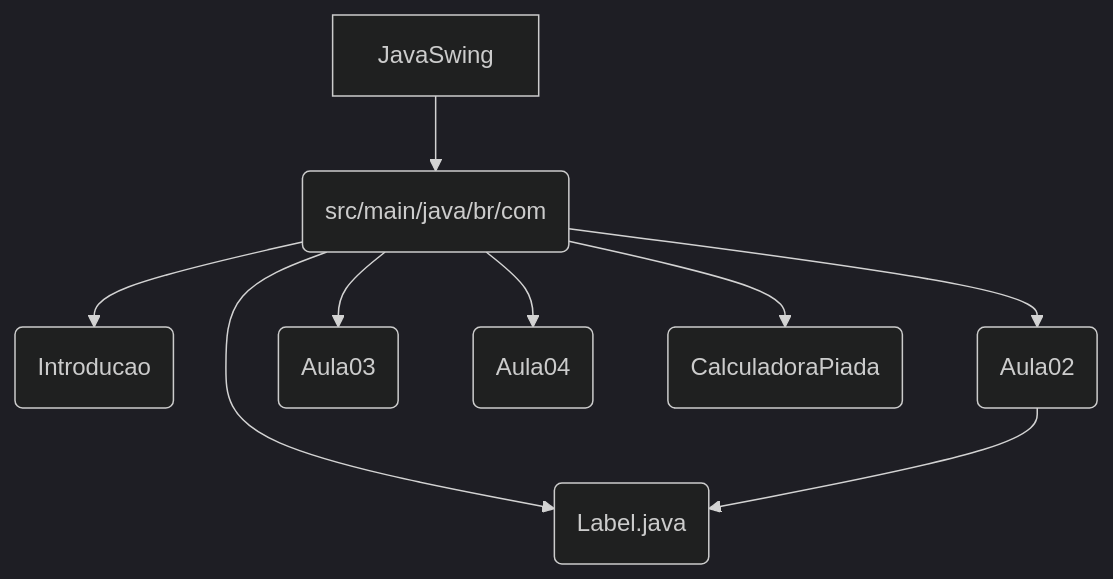
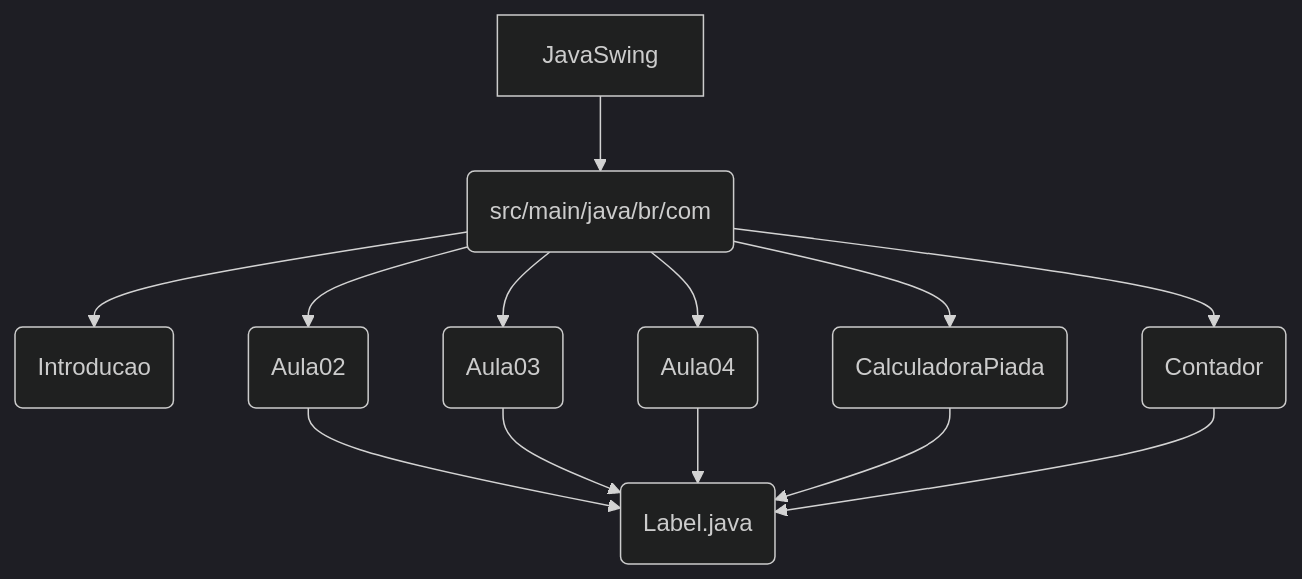
One commit to GilvanPedro/EstudandoJavaSwing changed the diagram in README.md. Above: the diagram before and after it, drawn with Mermaid (dark theme).

Commit message:
Update README with new Label.java references

````diff
--- a/README.md
+++ b/README.md
@@ -38,11 +38,15 @@
 ```mermaid
 graph TD
     A[JavaSwing] --> B(src/main/java/br/com);
     B --> C(Introducao);
     B --> D(Aula02);
     B --> E(Aula03);
     B --> F(Aula04);
     B --> G(CalculadoraPiada);
     B --> H(Contador);
-    D --> H(Label.java);
+    D --> I(Label.java);
+    E --> I(Label.java);
+    F --> I(Label.java);
+    G --> I(Label.java);
+    H --> I(Label.java);
 ```
````
